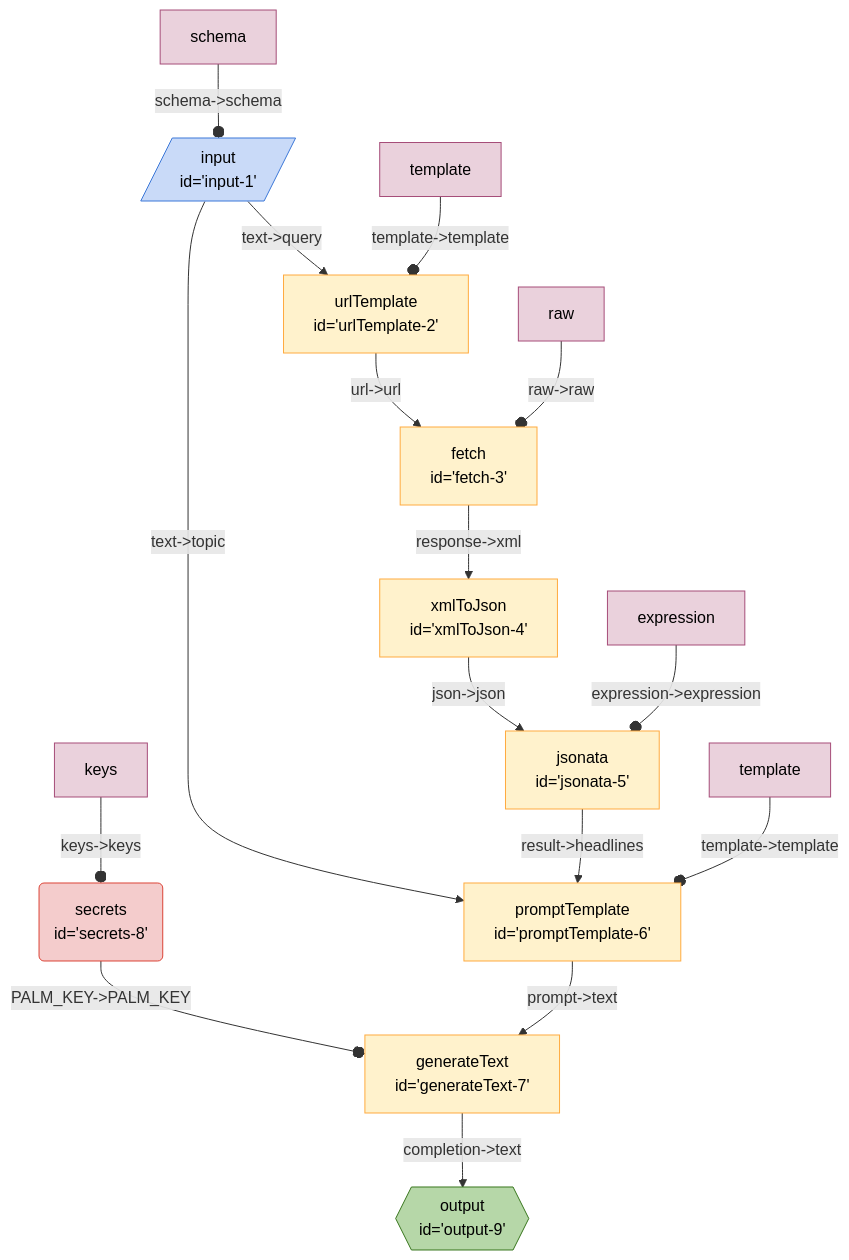
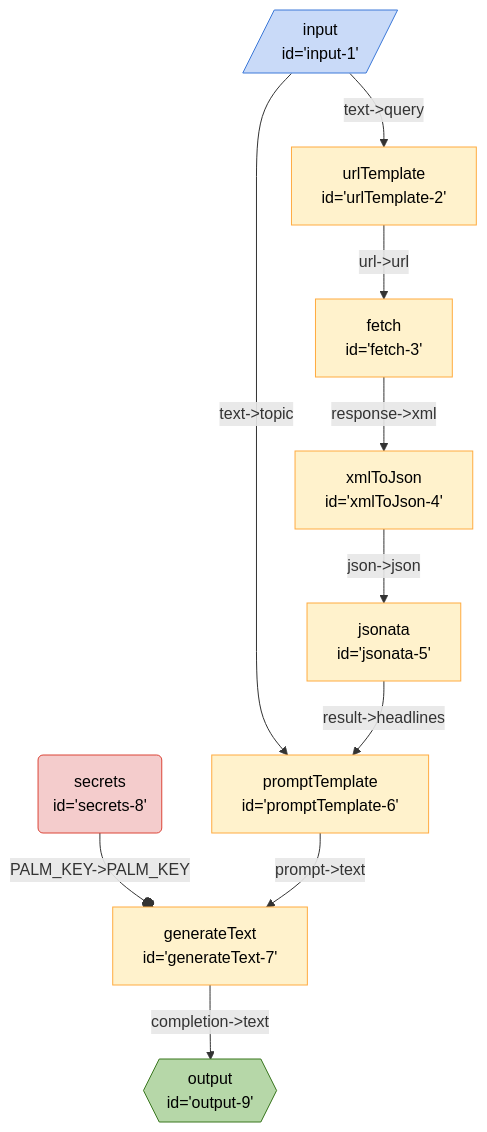
One commit to breadboard-ai/breadboard changed the diagram in seeds/graph-playground/docs/graphs/google-news.md. Above: the diagram before and after it, drawn with Mermaid. The commit also changed 30 other files, not shown here.

````diff
--- a/seeds/graph-playground/docs/graphs/google-news.md
+++ b/seeds/graph-playground/docs/graphs/google-news.md
@@ -5,27 +5,21 @@
   ```mermaid
   %%{init: 'themeVariables': { 'fontFamily': 'Fira Code, monospace' }}%%
 graph TD;
 input1[/"input <br> id='input-1'"/]:::input -- "text->topic" --> promptTemplate6["promptTemplate <br> id='promptTemplate-6'"]
 secrets8("secrets <br> id='secrets-8'"):::secrets -- "PALM_KEY->PALM_KEY" --o generateText7["generateText <br> id='generateText-7'"]
 generateText7["generateText <br> id='generateText-7'"] -- "completion->text" --> output9{{"output <br> id='output-9'"}}:::output
 promptTemplate6["promptTemplate <br> id='promptTemplate-6'"] -- "prompt->text" --> generateText7["generateText <br> id='generateText-7'"]
 jsonata5["jsonata <br> id='jsonata-5'"] -- "result->headlines" --> promptTemplate6["promptTemplate <br> id='promptTemplate-6'"]
 xmlToJson4["xmlToJson <br> id='xmlToJson-4'"] -- "json->json" --> jsonata5["jsonata <br> id='jsonata-5'"]
 fetch3["fetch <br> id='fetch-3'"] -- "response->xml" --> xmlToJson4["xmlToJson <br> id='xmlToJson-4'"]
 urlTemplate2["urlTemplate <br> id='urlTemplate-2'"] -- "url->url" --> fetch3["fetch <br> id='fetch-3'"]
 input1[/"input <br> id='input-1'"/]:::input -- "text->query" --> urlTemplate2["urlTemplate <br> id='urlTemplate-2'"]
-schemainput1[schema]:::config -- "schema->schema" --o input1
-templateurlTemplate2[template]:::config -- "template->template" --o urlTemplate2
-rawfetch3[raw]:::config -- "raw->raw" --o fetch3
-expressionjsonata5[expression]:::config -- "expression->expression" --o jsonata5
-templatepromptTemplate6[template]:::config -- "template->template" --o promptTemplate6
-keyssecrets8[keys]:::config -- "keys->keys" --o secrets8
 classDef default stroke:#ffab40,fill:#fff2ccff,color:#000
 classDef input stroke:#3c78d8,fill:#c9daf8ff,color:#000
 classDef output stroke:#38761d,fill:#b6d7a8ff,color:#000
 classDef passthrough stroke:#a64d79,fill:#ead1dcff,color:#000
 classDef slot stroke:#a64d79,fill:#ead1dcff,color:#000
 classDef config stroke:#a64d79,fill:#ead1dcff,color:#000
 classDef secrets stroke:#db4437,fill:#f4cccc,color:#000
 classDef slotted stroke:#a64d79
   ```
````
